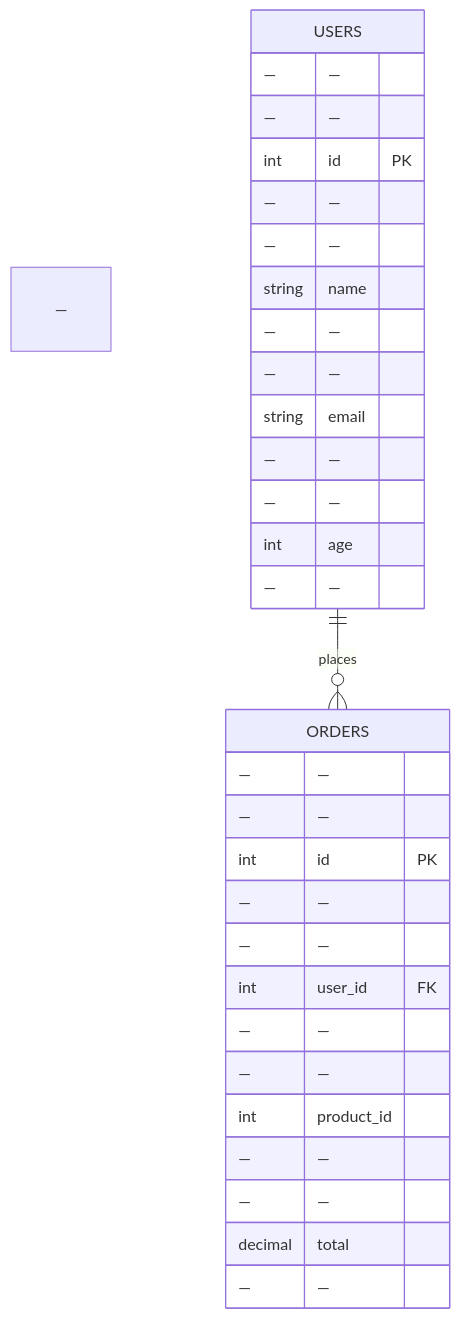
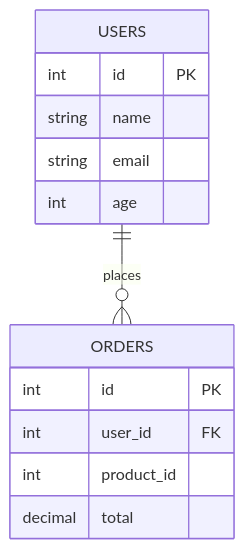
One commit to Roshann78/System-Design changed the second of 9 diagrams in High Level Design (HLD)/04 - Monolithic vs Microservices Architecture.md. Above: the diagram before and after it, drawn with Mermaid. The commit also changed other lines of this file and 6 other files, not shown here.

Commit message:
mermaid error fix

````diff
--- a/High Level Design (HLD)/04 - Monolithic vs Microservices Architecture.md
+++ b/High Level Design (HLD)/04 - Monolithic vs Microservices Architecture.md
@@ -71,16 +71,16 @@
 ```mermaid
 erDiagram
- —  — USERS ||--o{ ORDERS : places
- —  — USERS {
- —  —  —  — int id PK
- —  —  —  — string name
- —  —  —  — string email
- —  —  —  — int age
- —  — }
- —  — ORDERS {
- —  —  —  — int id PK
- —  —  —  — int user_id FK
- —  —  —  — int product_id
- —  —  —  — decimal total
- —  — }
+    USERS ||--o{ ORDERS : places
+    USERS {
+    int id PK
+    string name
+    string email
+    int age
+    }
+    ORDERS {
+    int id PK
+    int user_id FK
+    int product_id
+    decimal total
+    }
 ```
````
